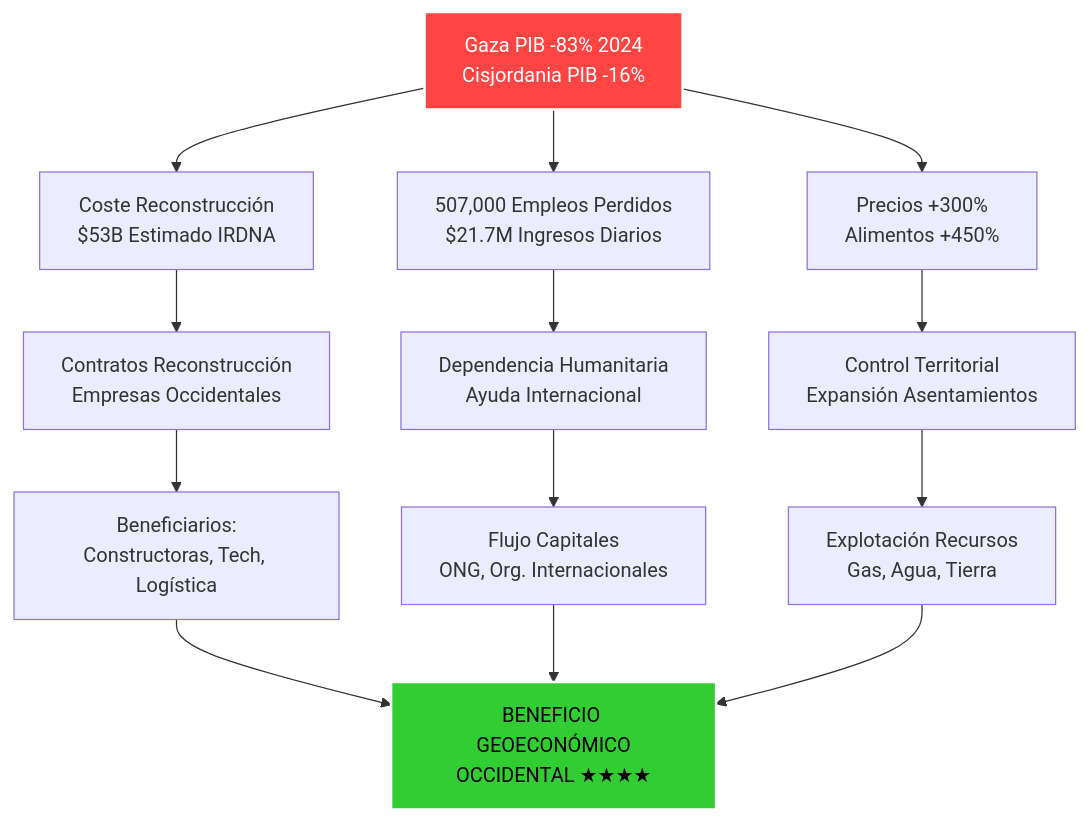
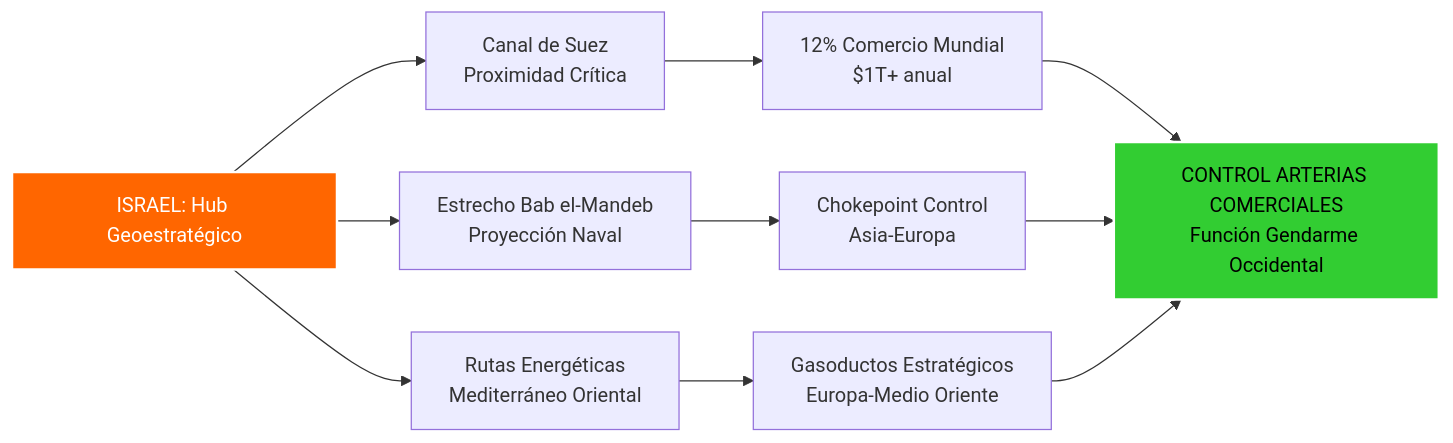
Before and after one commit to perpetuocambio/annotations: diagram 19 of 54 in intel/israel_geopolitical_analysis.md, drawn with Mermaid. The commit also changed other lines of this file, not shown here.

````diff
--- a/intel/israel_geopolitical_analysis.md
+++ b/intel/israel_geopolitical_analysis.md
@@ -806,21 +604,17 @@
 ```mermaid
-flowchart TD
-    A[Gaza PIB -83% 2024<br/>Cisjordania PIB -16%] --> B[Coste Reconstrucción<br/>$53B Estimado IRDNA]
-    A --> C[507,000 Empleos Perdidos<br/>$21.7M Ingresos Diarios]
-    A --> D[Precios +300%<br/>Alimentos +450%]
-
-    B --> E[Contratos Reconstrucción<br/>Empresas Occidentales]
-    C --> F[Dependencia Humanitaria<br/>Ayuda Internacional]
-    D --> G[Control Territorial<br/>Expansión Asentamientos]
-
-    E --> H[Beneficiarios:<br/>Constructoras, Tech, Logística]
-    F --> I[Flujo Capitales<br/>ONG, Org. Internacionales]
-    G --> J[Explotación Recursos<br/>Gas, Agua, Tierra]
-
-    H --> K[BENEFICIO GEOECONÓMICO<br/>OCCIDENTAL ★★★★]
-    I --> K
-    J --> K
-
-    style A fill:#ff4444,stroke:#fff,stroke-width:2px,color:#fff
-    style K fill:#32cd32,stroke:#fff,stroke-width:2px,color:#000
+flowchart LR
+    A[ISRAEL: Hub Geoestratégico] --> B[Canal de Suez<br/>Proximidad Crítica]
+    A --> C[Estrecho Bab el-Mandeb<br/>Proyección Naval]
+    A --> D[Rutas Energéticas<br/>Mediterráneo Oriental]
+    
+    B --> E[12% Comercio Mundial<br/>$1T+ anual]
+    C --> F[Chokepoint Control<br/>Asia-Europa]
+    D --> G[Gasoductos Estratégicos<br/>Europa-Medio Oriente]
+    
+    E --> H[CONTROL ARTERIAS COMERCIALES<br/>Función Gendarme Occidental]
+    F --> H
+    G --> H
+    
+    style A fill:#ff6600,stroke:#fff,stroke-width:2px,color:#fff
+    style H fill:#32cd32,stroke:#fff,stroke-width:2px,color:#000
 ```
````
